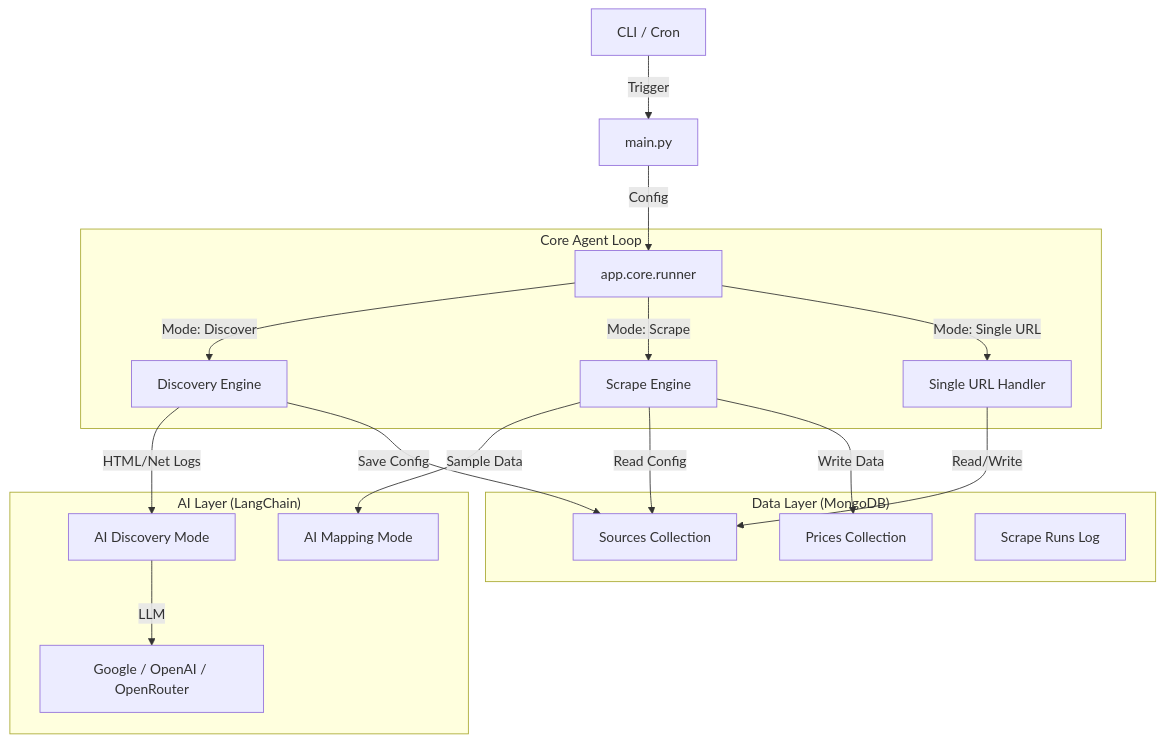
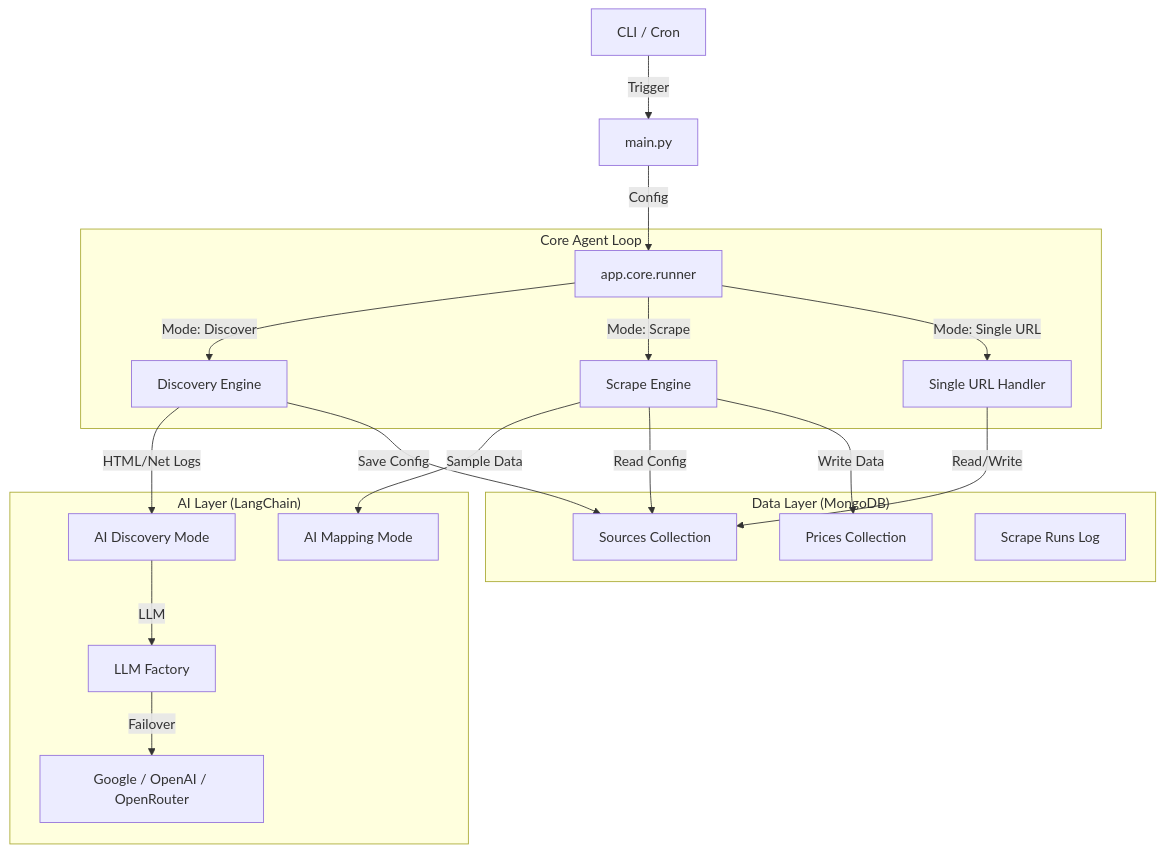
Before and after one commit to Mohamed-faaris/Ajrasakha-Hackathon: the diagram in scraper/WORKFLOW.md, drawn with Mermaid. The commit also changed other lines of this file, not shown here.

Commit message:
docs: expand detailed workflow and architecture guide

````diff
--- a/scraper/WORKFLOW.md
+++ b/scraper/WORKFLOW.md
@@ -9,28 +9,29 @@
 ```mermaid
 graph TD
     CLI[CLI / Cron] -->|Trigger| Main[main.py]
     Main -->|Config| Runner[app.core.runner]
     
     subgraph "Core Agent Loop"
         Runner -->|Mode: Discover| Discovery[Discovery Engine]
         Runner -->|Mode: Scrape| Scraper[Scrape Engine]
         Runner -->|Mode: Single URL| Single[Single URL Handler]
     end
     
     subgraph "AI Layer (LangChain)"
         Discovery -->|HTML/Net Logs| AI_Discover[AI Discovery Mode]
         Scraper -->|Sample Data| AI_Map[AI Mapping Mode]
-        AI_Discover -->|LLM| LLM_Provider[Google / OpenAI / OpenRouter]
+        AI_Discover -->|LLM| LLM_Factory[LLM Factory]
+        LLM_Factory -->|Failover| Provider[Google / OpenAI / OpenRouter]
     end
     
     subgraph "Data Layer (MongoDB)"
         Sources[Sources Collection]
         Prices[Prices Collection]
         Runs[Scrape Runs Log]
     end
     
     Discovery -->|Save Config| Sources
     Scraper -->|Read Config| Sources
     Scraper -->|Write Data| Prices
     Single -->|Read/Write| Sources
 ```
````
